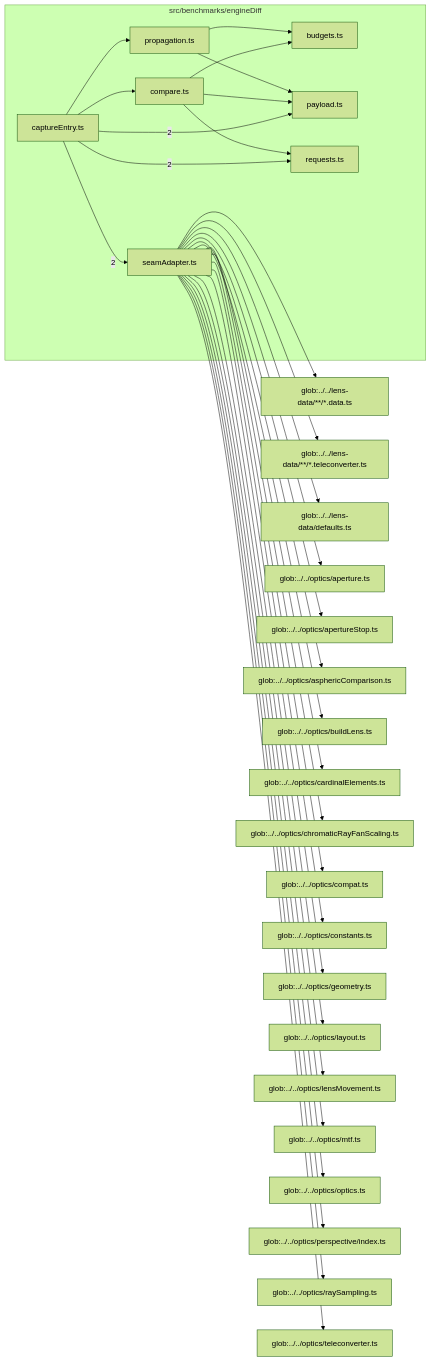
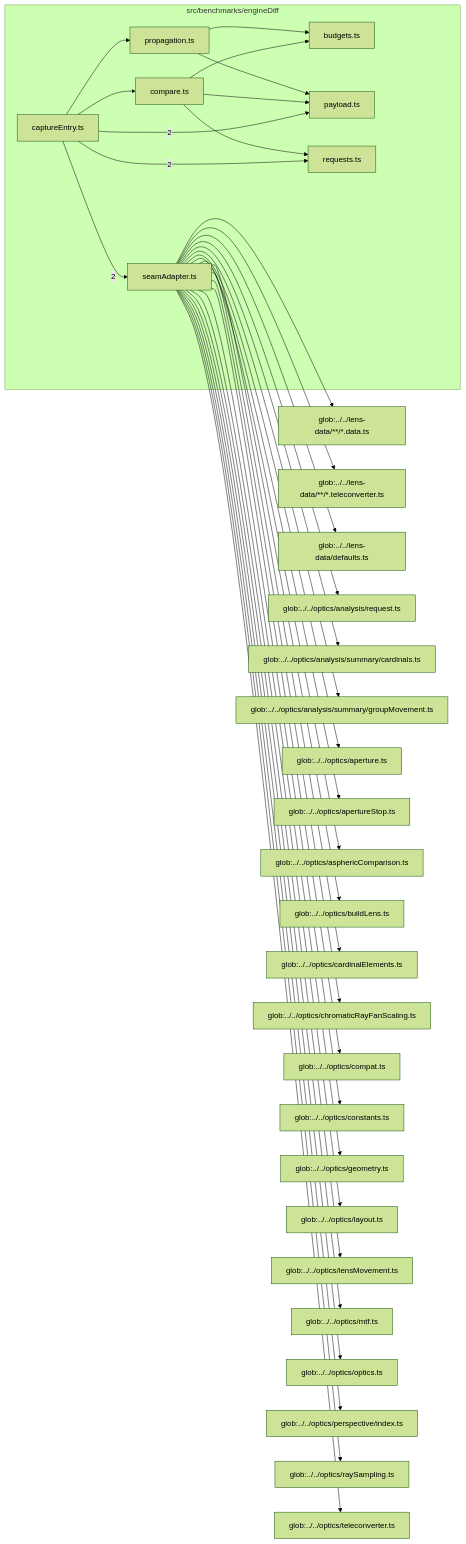
The diagram in src/benchmarks/engineDiff/readme.md (ronbuening/LensVisualizer), drawn with Mermaid (forest theme) before and after one commit. The commit also changed other lines of this file and 51 other files, not shown here.

Commit message:
S7.P2.T1 Summary, cardinals, breathing and group movement on AnalysisRequest

````diff
--- a/src/benchmarks/engineDiff/readme.md
+++ b/src/benchmarks/engineDiff/readme.md
@@ -9,60 +9,66 @@
 ```mermaid
 flowchart LR
   subgraph n_src_benchmarks_engineDiff["src/benchmarks/engineDiff"]
     n_src_benchmarks_engineDiff_src_benchmarks_engineDiff_budgets_ts["budgets.ts"]
     n_src_benchmarks_engineDiff_src_benchmarks_engineDiff_captureEntry_ts["captureEntry.ts"]
     n_src_benchmarks_engineDiff_src_benchmarks_engineDiff_compare_ts["compare.ts"]
     n_src_benchmarks_engineDiff_src_benchmarks_engineDiff_payload_ts["payload.ts"]
     n_src_benchmarks_engineDiff_src_benchmarks_engineDiff_propagation_ts["propagation.ts"]
     n_src_benchmarks_engineDiff_src_benchmarks_engineDiff_requests_ts["requests.ts"]
     n_src_benchmarks_engineDiff_src_benchmarks_engineDiff_seamAdapter_ts["seamAdapter.ts"]
   end
   n_external_glob_______lens_data______data_ts["glob:../../lens-data/**/*.data.ts"]
   n_external_glob_______lens_data______teleconverter_ts["glob:../../lens-data/**/*.teleconverter.ts"]
   n_external_glob_______lens_data_defaults_ts["glob:../../lens-data/defaults.ts"]
+  n_external_glob_______optics_analysis_request_ts["glob:../../optics/analysis/request.ts"]
+  n_external_glob_______optics_analysis_summary_cardinals_ts["glob:../../optics/analysis/summary/cardinals.ts"]
+  n_external_glob_______optics_analysis_summary_groupMovement_ts["glob:../../optics/analysis/summary/groupMovement.ts"]
   n_external_glob_______optics_aperture_ts["glob:../../optics/aperture.ts"]
   n_external_glob_______optics_apertureStop_ts["glob:../../optics/apertureStop.ts"]
   n_external_glob_______optics_asphericComparison_ts["glob:../../optics/asphericComparison.ts"]
   n_external_glob_______optics_buildLens_ts["glob:../../optics/buildLens.ts"]
   n_external_glob_______optics_cardinalElements_ts["glob:../../optics/cardinalElements.ts"]
   n_external_glob_______optics_chromaticRayFanScaling_ts["glob:../../optics/chromaticRayFanScaling.ts"]
   n_external_glob_______optics_compat_ts["glob:../../optics/compat.ts"]
   n_external_glob_______optics_constants_ts["glob:../../optics/constants.ts"]
   n_external_glob_______optics_geometry_ts["glob:../../optics/geometry.ts"]
   n_external_glob_______optics_layout_ts["glob:../../optics/layout.ts"]
   n_external_glob_______optics_lensMovement_ts["glob:../../optics/lensMovement.ts"]
   n_external_glob_______optics_mtf_ts["glob:../../optics/mtf.ts"]
   n_external_glob_______optics_optics_ts["glob:../../optics/optics.ts"]
   n_external_glob_______optics_perspective_index_ts["glob:../../optics/perspective/index.ts"]
   n_external_glob_______optics_raySampling_ts["glob:../../optics/raySampling.ts"]
   n_external_glob_______optics_teleconverter_ts["glob:../../optics/teleconverter.ts"]
   n_src_benchmarks_engineDiff_src_benchmarks_engineDiff_captureEntry_ts --> |2| n_src_benchmarks_engineDiff_src_benchmarks_engineDiff_payload_ts
   n_src_benchmarks_engineDiff_src_benchmarks_engineDiff_captureEntry_ts --> |2| n_src_benchmarks_engineDiff_src_benchmarks_engineDiff_requests_ts
   n_src_benchmarks_engineDiff_src_benchmarks_engineDiff_captureEntry_ts --> |2| n_src_benchmarks_engineDiff_src_benchmarks_engineDiff_seamAdapter_ts
   n_src_benchmarks_engineDiff_src_benchmarks_engineDiff_seamAdapter_ts --> n_external_glob_______lens_data______data_ts
   n_src_benchmarks_engineDiff_src_benchmarks_engineDiff_seamAdapter_ts --> n_external_glob_______lens_data______teleconverter_ts
   n_src_benchmarks_engineDiff_src_benchmarks_engineDiff_seamAdapter_ts --> n_external_glob_______lens_data_defaults_ts
+  n_src_benchmarks_engineDiff_src_benchmarks_engineDiff_seamAdapter_ts --> n_external_glob_______optics_analysis_request_ts
+  n_src_benchmarks_engineDiff_src_benchmarks_engineDiff_seamAdapter_ts --> n_external_glob_______optics_analysis_summary_cardinals_ts
+  n_src_benchmarks_engineDiff_src_benchmarks_engineDiff_seamAdapter_ts --> n_external_glob_______optics_analysis_summary_groupMovement_ts
   n_src_benchmarks_engineDiff_src_benchmarks_engineDiff_seamAdapter_ts --> n_external_glob_______optics_aperture_ts
   n_src_benchmarks_engineDiff_src_benchmarks_engineDiff_seamAdapter_ts --> n_external_glob_______optics_apertureStop_ts
   n_src_benchmarks_engineDiff_src_benchmarks_engineDiff_seamAdapter_ts --> n_external_glob_______optics_asphericComparison_ts
   n_src_benchmarks_engineDiff_src_benchmarks_engineDiff_seamAdapter_ts --> n_external_glob_______optics_buildLens_ts
   n_src_benchmarks_engineDiff_src_benchmarks_engineDiff_seamAdapter_ts --> n_external_glob_______optics_cardinalElements_ts
   n_src_benchmarks_engineDiff_src_benchmarks_engineDiff_seamAdapter_ts --> n_external_glob_______optics_chromaticRayFanScaling_ts
   n_src_benchmarks_engineDiff_src_benchmarks_engineDiff_seamAdapter_ts --> n_external_glob_______optics_compat_ts
   n_src_benchmarks_engineDiff_src_benchmarks_engineDiff_seamAdapter_ts --> n_external_glob_______optics_constants_ts
   n_src_benchmarks_engineDiff_src_benchmarks_engineDiff_seamAdapter_ts --> n_external_glob_______optics_geometry_ts
   n_src_benchmarks_engineDiff_src_benchmarks_engineDiff_seamAdapter_ts --> n_external_glob_______optics_layout_ts
   n_src_benchmarks_engineDiff_src_benchmarks_engineDiff_seamAdapter_ts --> n_external_glob_______optics_lensMovement_ts
   n_src_benchmarks_engineDiff_src_benchmarks_engineDiff_seamAdapter_ts --> n_external_glob_______optics_mtf_ts
   n_src_benchmarks_engineDiff_src_benchmarks_engineDiff_seamAdapter_ts --> n_external_glob_______optics_optics_ts
   n_src_benchmarks_engineDiff_src_benchmarks_engineDiff_seamAdapter_ts --> n_external_glob_______optics_perspective_index_ts
   n_src_benchmarks_engineDiff_src_benchmarks_engineDiff_seamAdapter_ts --> n_external_glob_______optics_raySampling_ts
   n_src_benchmarks_engineDiff_src_benchmarks_engineDiff_seamAdapter_ts --> n_external_glob_______optics_teleconverter_ts
   n_src_benchmarks_engineDiff_src_benchmarks_engineDiff_compare_ts --> n_src_benchmarks_engineDiff_src_benchmarks_engineDiff_budgets_ts
   n_src_benchmarks_engineDiff_src_benchmarks_engineDiff_propagation_ts --> n_src_benchmarks_engineDiff_src_benchmarks_engineDiff_budgets_ts
   n_src_benchmarks_engineDiff_src_benchmarks_engineDiff_captureEntry_ts --> n_src_benchmarks_engineDiff_src_benchmarks_engineDiff_compare_ts
   n_src_benchmarks_engineDiff_src_benchmarks_engineDiff_compare_ts --> n_src_benchmarks_engineDiff_src_benchmarks_engineDiff_payload_ts
   n_src_benchmarks_engineDiff_src_benchmarks_engineDiff_propagation_ts --> n_src_benchmarks_engineDiff_src_benchmarks_engineDiff_payload_ts
   n_src_benchmarks_engineDiff_src_benchmarks_engineDiff_captureEntry_ts --> n_src_benchmarks_engineDiff_src_benchmarks_engineDiff_propagation_ts
   n_src_benchmarks_engineDiff_src_benchmarks_engineDiff_compare_ts --> n_src_benchmarks_engineDiff_src_benchmarks_engineDiff_requests_ts
 ```
````
